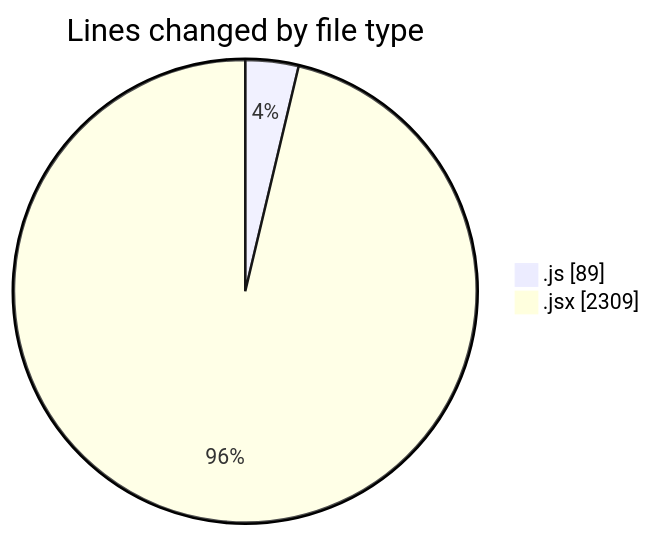
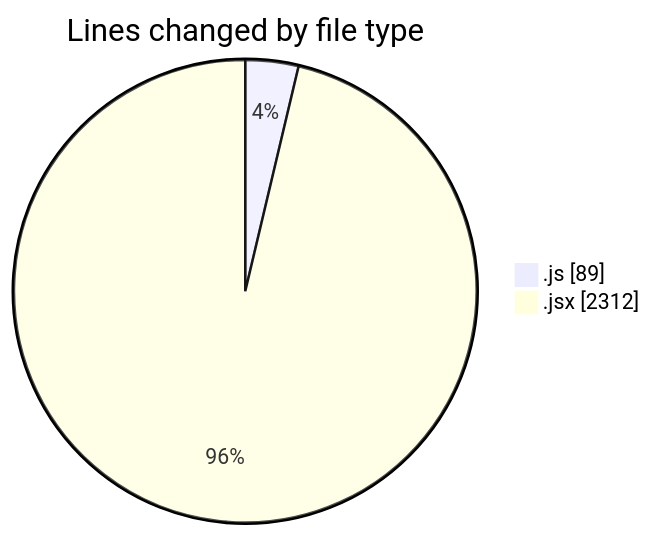
The first of 2 diagrams in 2025-05-03/nxtqube_webapp/README.md (nxtqubesakshisongat/code-tracking), drawn with Mermaid before and after one commit. The commit also changed other lines of this file and 1 other file, not shown here.

````diff
--- a/2025-05-03/nxtqube_webapp/README.md
+++ b/2025-05-03/nxtqube_webapp/README.md
@@ -23,6 +23,6 @@
 ```mermaid
 pie showData
 title Lines changed by file type
 ".js" : 89
-".jsx" : 2309
+".jsx" : 2312
 ```
````
